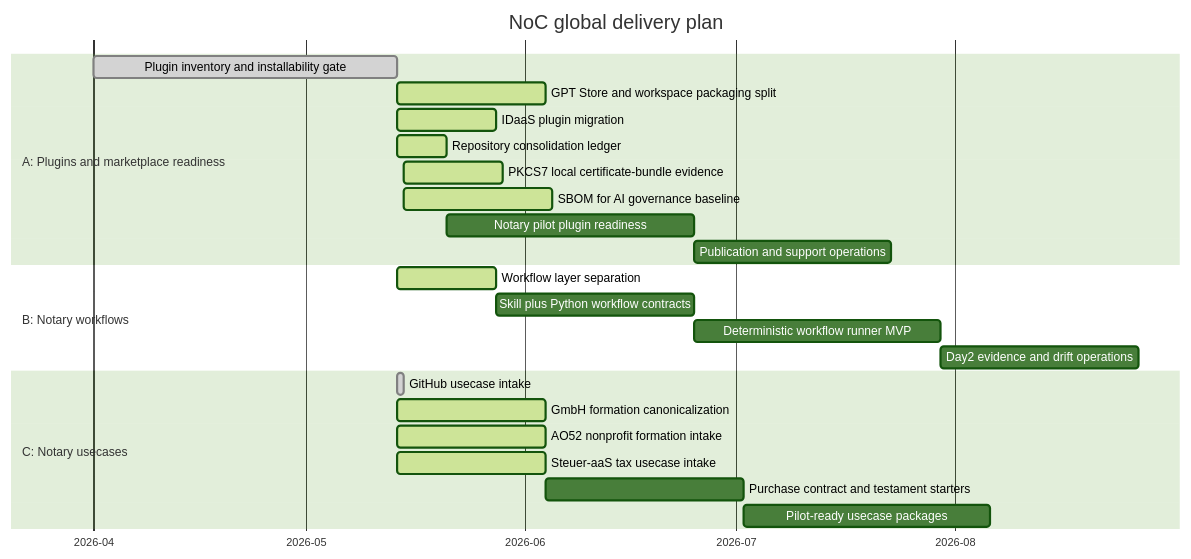
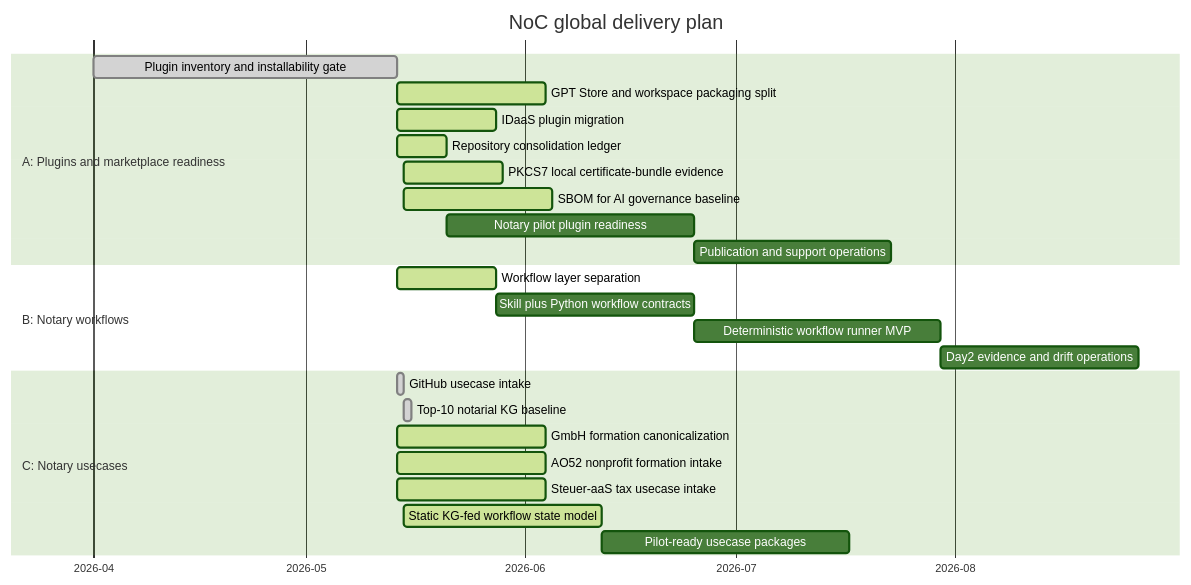
Before and after one commit to notariat8/NaC: the diagram in roadmap/GANTT.md, drawn with Mermaid (forest theme). The commit also changed other lines of this file and 20 other files, not shown here.

Commit message:
Add top 10 notarial knowledge graph

````diff
--- a/roadmap/GANTT.md
+++ b/roadmap/GANTT.md
@@ -12,30 +12,31 @@
 ```mermaid
 gantt
     title NoC global delivery plan
     dateFormat  YYYY-MM-DD
     axisFormat  %Y-%m
 
     section A: Plugins and marketplace readiness
     Plugin inventory and installability gate     :done,    a1, 2026-04-01, 2026-05-14
     GPT Store and workspace packaging split      :active,  a2, 2026-05-14, 21d
     IDaaS plugin migration                       :active,  a3, 2026-05-14, 14d
     Repository consolidation ledger              :active,  a4, 2026-05-14, 7d
     PKCS7 local certificate-bundle evidence      :active,  a4a, 2026-05-15, 14d
     SBOM for AI governance baseline              :active,  a4b, 2026-05-15, 21d
     Notary pilot plugin readiness                :         a5, after a4, 35d
     Publication and support operations           :         a6, after a5, 28d
 
     section B: Notary workflows
     Workflow layer separation                    :active,  b1, 2026-05-14, 14d
     Skill plus Python workflow contracts         :         b2, after b1, 28d
     Deterministic workflow runner MVP            :         b3, after b2, 35d
     Day2 evidence and drift operations           :         b4, after b3, 28d
 
     section C: Notary usecases
     GitHub usecase intake                        :done,    c1, 2026-05-14, 1d
-    GmbH formation canonicalization              :active,  c2, 2026-05-14, 21d
-    AO52 nonprofit formation intake              :active,  c3, 2026-05-14, 21d
-    Steuer-aaS tax usecase intake                :active,  c4, 2026-05-14, 21d
-    Purchase contract and testament starters     :         c5, after c4, 28d
-    Pilot-ready usecase packages                 :         c6, after c5, 35d
+    Top-10 notarial KG baseline                  :done,    c2, 2026-05-15, 1d
+    GmbH formation canonicalization              :active,  c3, 2026-05-14, 21d
+    AO52 nonprofit formation intake              :active,  c4, 2026-05-14, 21d
+    Steuer-aaS tax usecase intake                :active,  c5, 2026-05-14, 21d
+    Static KG-fed workflow state model           :active,  c6, 2026-05-15, 28d
+    Pilot-ready usecase packages                 :         c7, after c6, 35d
 ```
````
